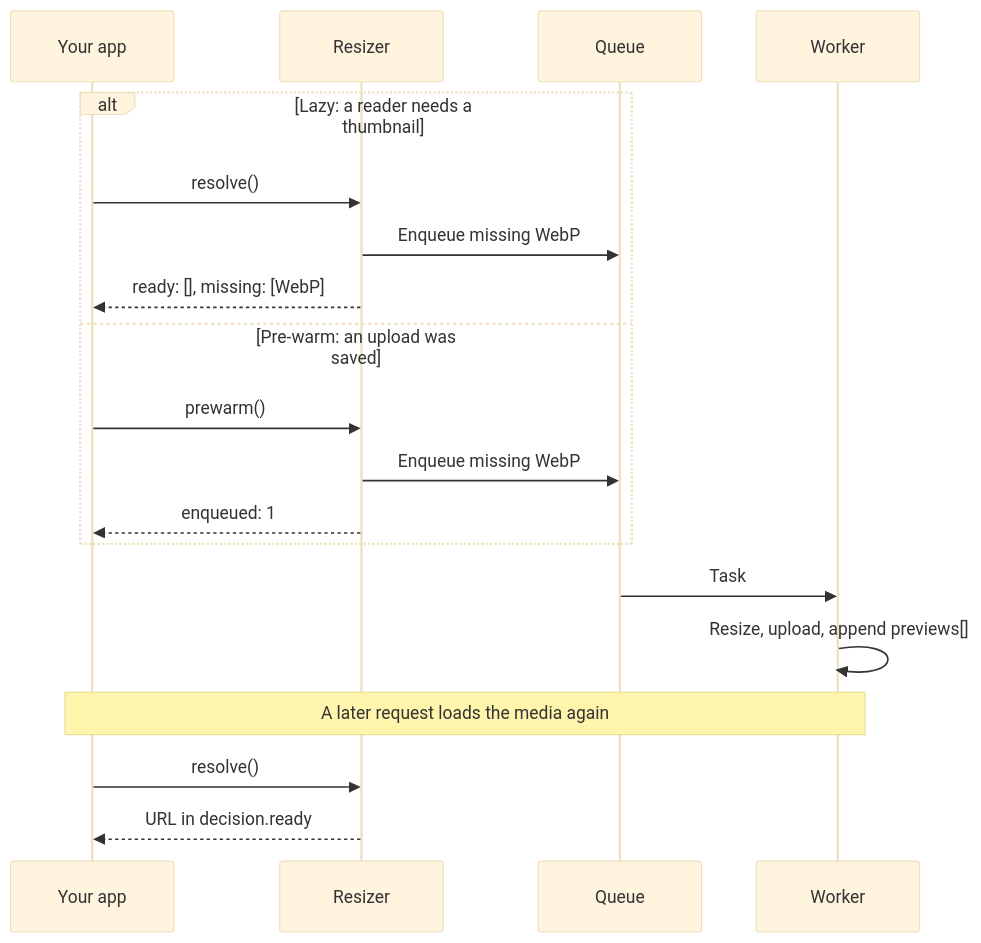
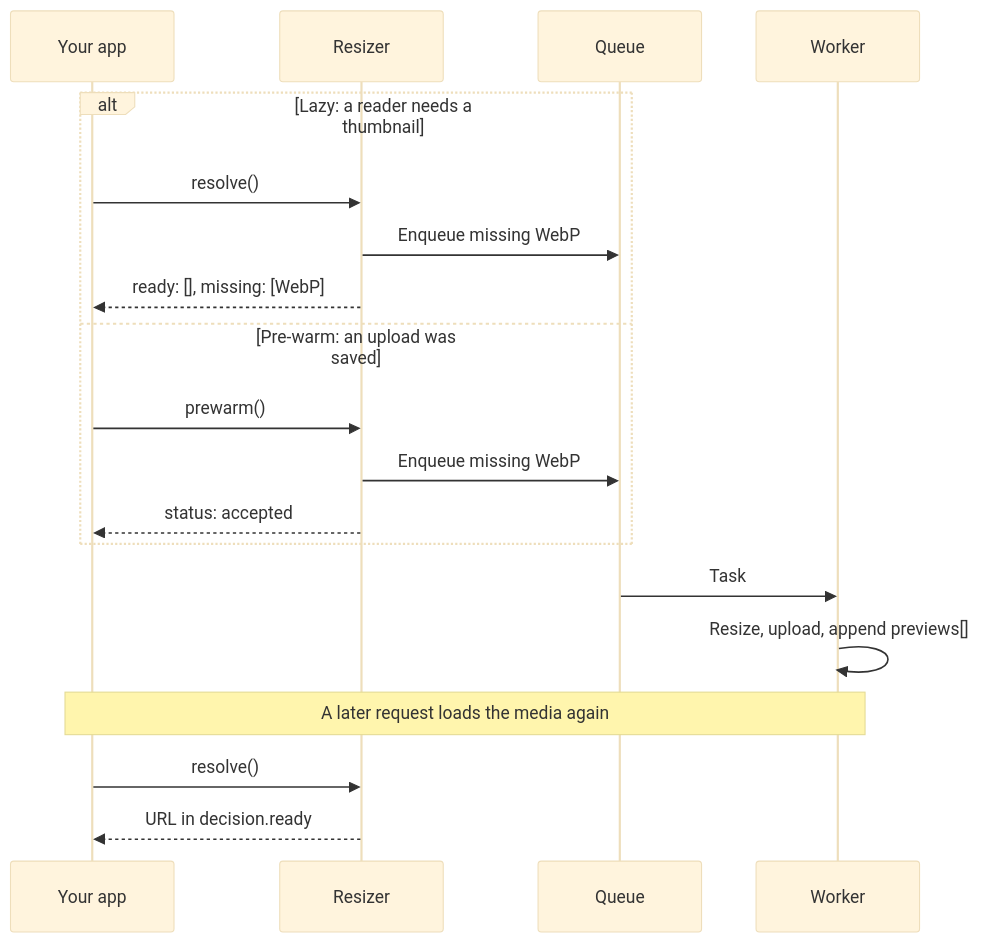
One commit to adaptivestone/framework-documentation changed the second of 2 diagrams in docs/12-resize.md. Above: the diagram before and after it, drawn with Mermaid (base theme). The commit also changed other lines of this file, not shown here.

````diff
--- a/docs/12-resize.md
+++ b/docs/12-resize.md
@@ -295,23 +294,23 @@
 ```mermaid
 sequenceDiagram
   accTitle: Queueing and background generation are separate
   accDescr: Resolve on a read or prewarm after upload enqueues a missing thumbnail and returns without waiting for generation. A separate worker takes the task, creates the preview, and saves metadata. A later resolve with freshly loaded media returns a ready URL.
   participant App as Your app
   participant Resizer
   participant Queue
   participant Worker
   alt Lazy: a reader needs a thumbnail
     App->>Resizer: resolve()
     Resizer->>Queue: Enqueue missing WebP
     Resizer-->>App: ready: [], missing: [WebP]
   else Pre-warm: an upload was saved
     App->>Resizer: prewarm()
     Resizer->>Queue: Enqueue missing WebP
-    Resizer-->>App: enqueued: 1
+    Resizer-->>App: status: accepted
   end
   Queue->>Worker: Task
   Worker->>Worker: Resize, upload, append previews[]
   Note over App,Worker: A later request loads the media again
   App->>Resizer: resolve()
   Resizer-->>App: URL in decision.ready
 ```
````
